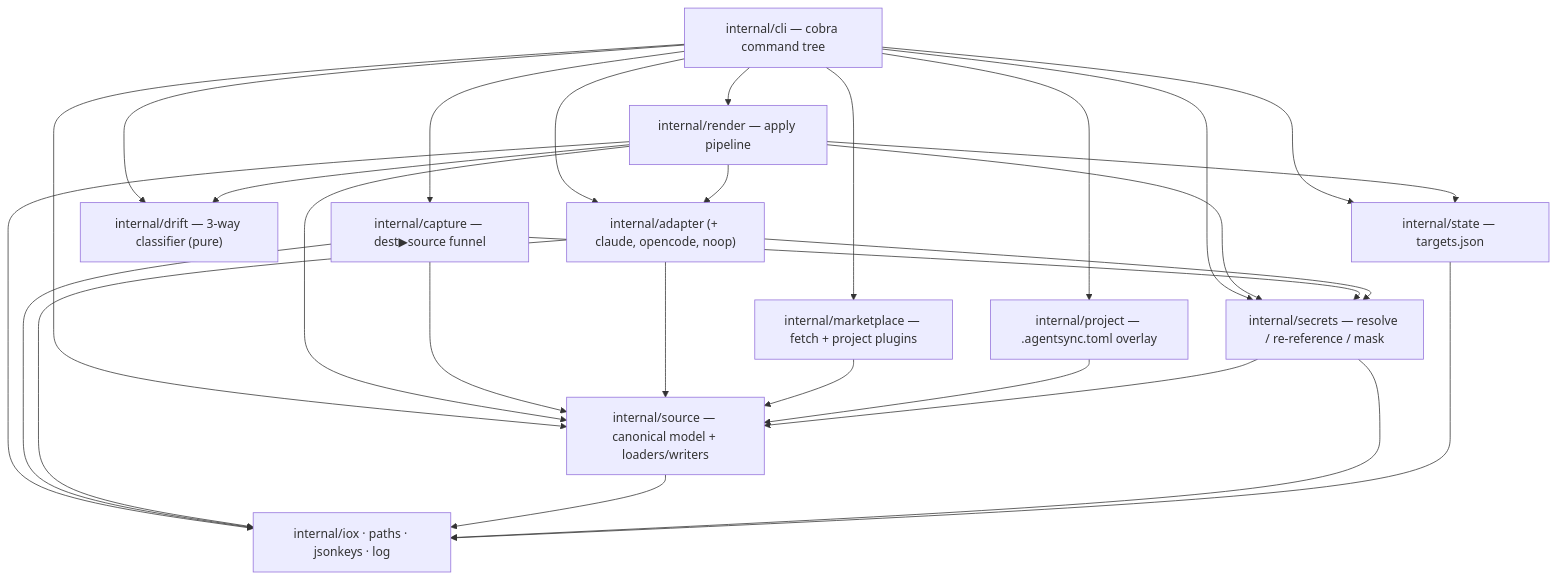
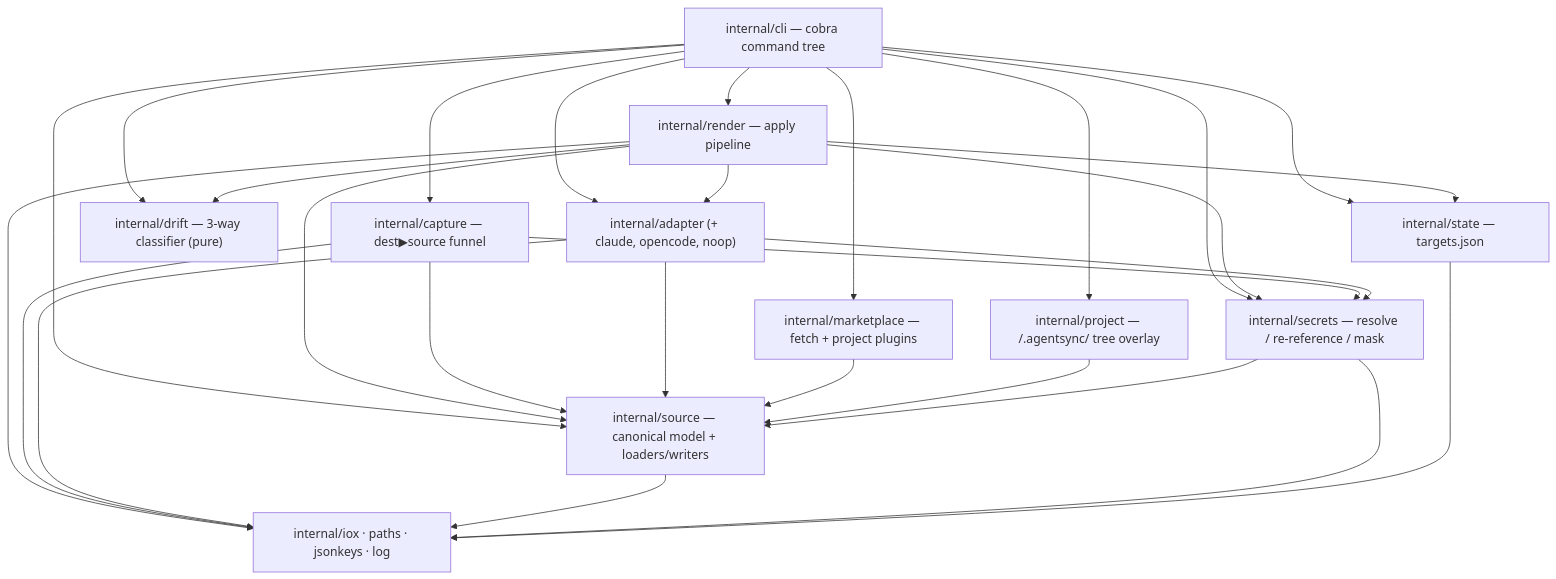
Before and after one commit to spxrogers/agentsync: the fourth of 4 diagrams in docs/architecture.md, drawn with Mermaid. The commit also changed other lines of this file and 27 other files, not shown here.

First line of the commit message:
feat(cli): project scope via a .agentsync/ source tree (explicit opt-in) (#57)

````diff
--- a/docs/architecture.md
+++ b/docs/architecture.md
@@ -453,24 +462,24 @@
 ```mermaid
 flowchart TD
     CLI["internal/cli — cobra command tree"]
     REN["internal/render — apply pipeline"]
     CAP["internal/capture — dest▶source funnel"]
     AD["internal/adapter (+ claude, opencode, noop)"]
     SRC["internal/source — canonical model + loaders/writers"]
     SEC["internal/secrets — resolve / re-reference / mask"]
     MKT["internal/marketplace — fetch + project plugins"]
-    PRJ["internal/project — .agentsync.toml overlay"]
+    PRJ["internal/project — <root>/.agentsync/ tree overlay"]
     DRF["internal/drift — 3-way classifier (pure)"]
     ST["internal/state — targets.json"]
     INFRA["internal/iox · paths · jsonkeys · log"]
 
     CLI --> REN & CAP & AD & SRC & SEC & MKT & PRJ & DRF & ST
     REN --> AD & SEC & SRC & ST & DRF & INFRA
     CAP --> SRC & SEC & INFRA
     AD --> SRC & SEC & INFRA
     MKT --> SRC
     PRJ --> SRC
     SRC --> INFRA
     SEC --> SRC & INFRA
     ST --> INFRA
 ```
````
